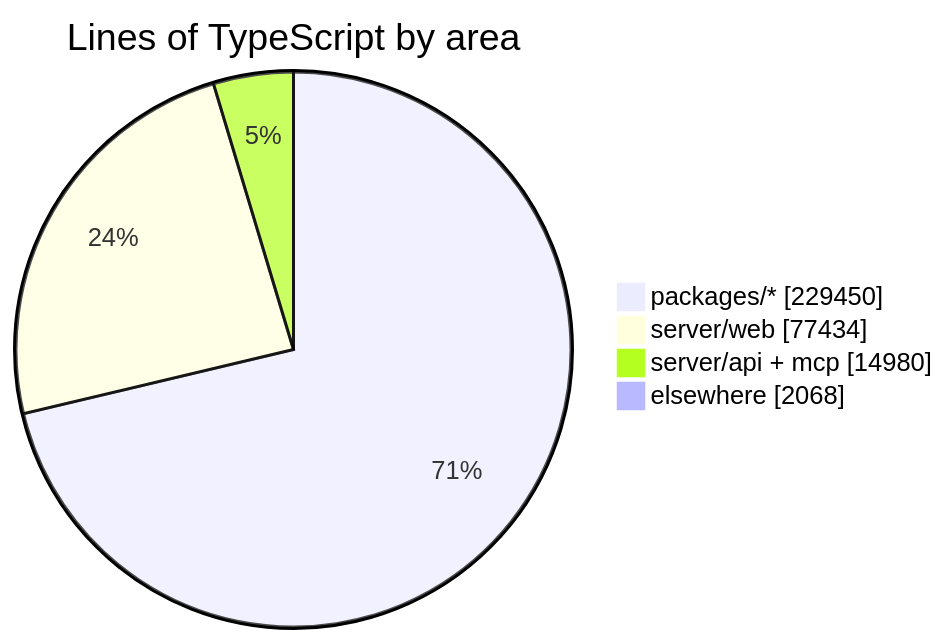
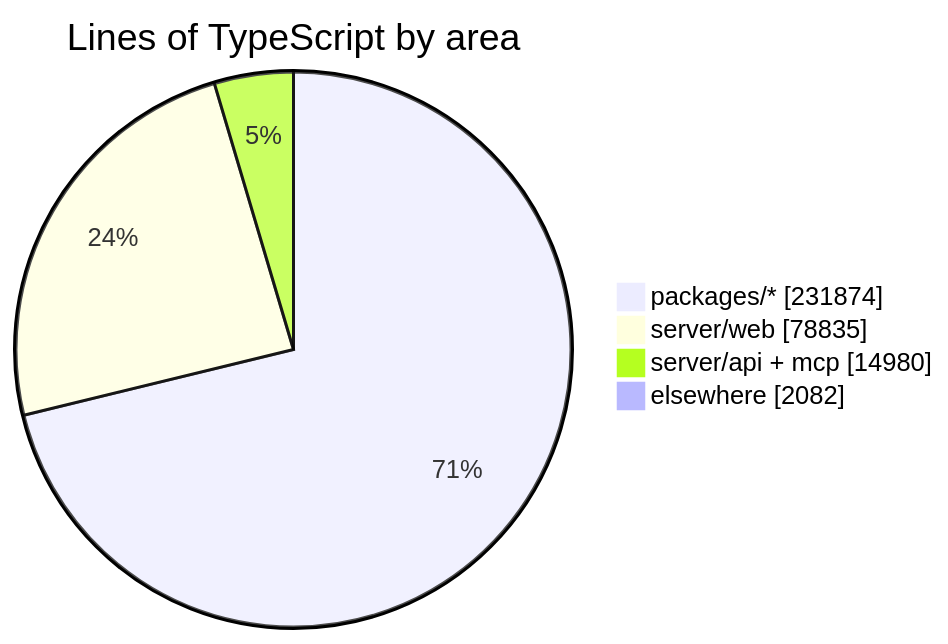
The diagram in README.md (crossworks-engineering/mantle), drawn with Mermaid before and after one commit. The commit also changed other lines of this file and 2 other files, not shown here.

````diff
--- a/README.md
+++ b/README.md
@@ -287,7 +287,7 @@
 ```mermaid
 pie showData title Lines of TypeScript by area
-    "packages/*" : 229450
-    "server/web" : 77434
+    "packages/*" : 231874
+    "server/web" : 78835
     "server/api + mcp" : 14980
-    "elsewhere" : 2068
+    "elsewhere" : 2082
 ```
````
